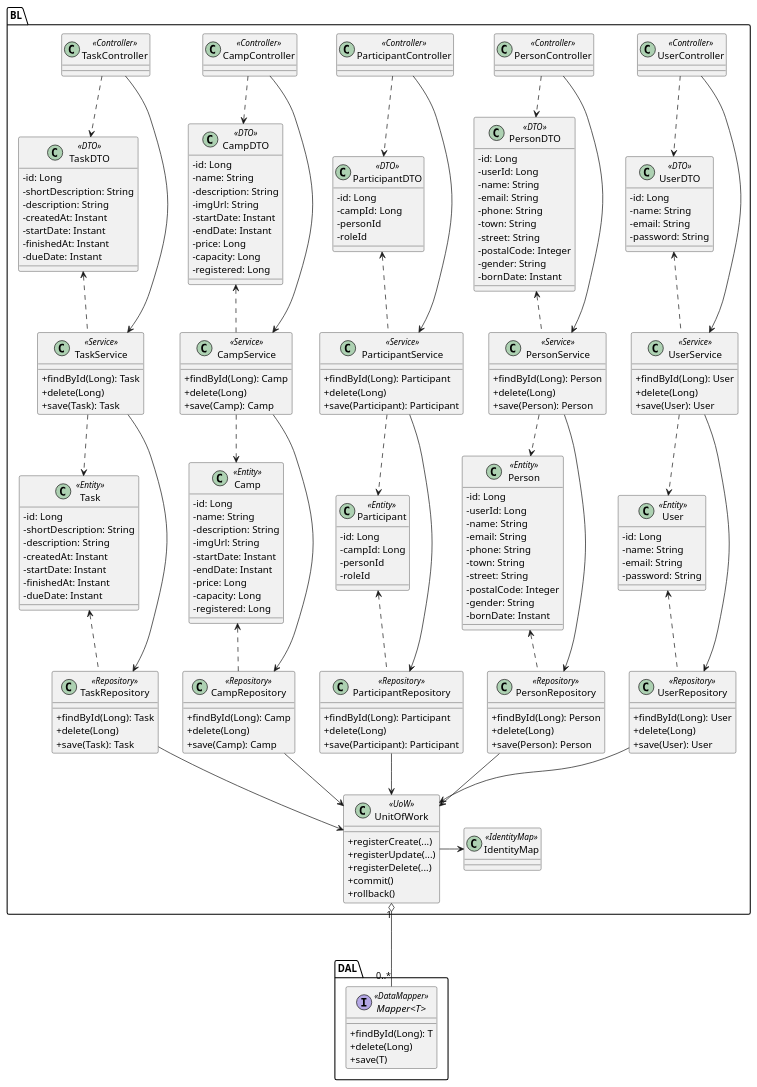
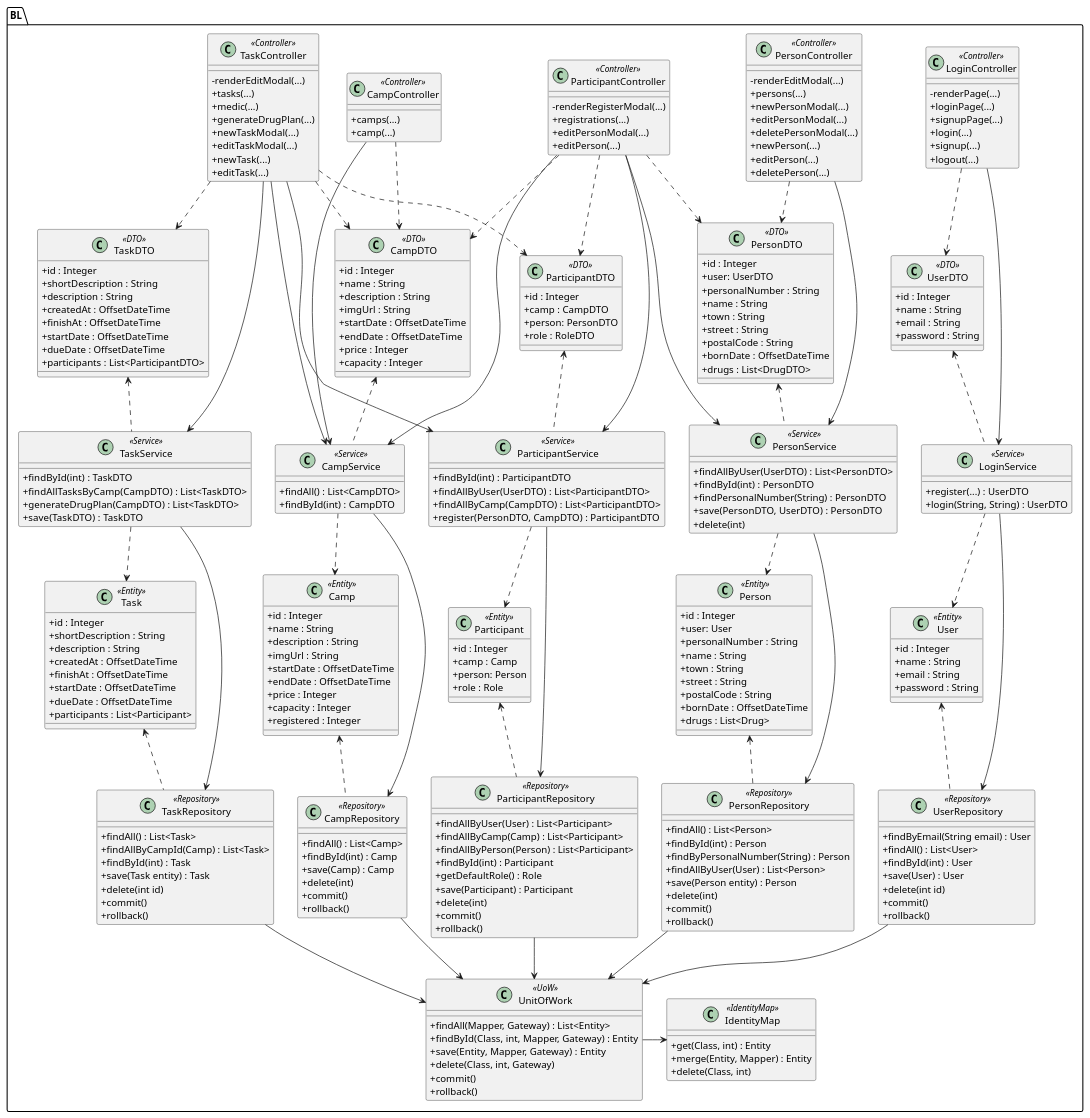
One commit to matesssaks/vsb_VIS changed the diagram in docs/ClassDiagramBL.puml. Above: the diagram before and after it, drawn with PlantUML. The commit also changed 16 other files, not shown here.

Commit message:
Add sequence diagrams for UC4, UC5, and UC15, update task and participant-related services and repositories, implement camp capacity check, and adjust DTOs and mappers accordingly.

```diff
--- a/docs/ClassDiagramBL.puml
+++ b/docs/ClassDiagramBL.puml
@@ -4,158 +4,196 @@
 package "BL" {
 	' DTOs
 	class UserDTO <<DTO>> {
-		-id: Long
-		-name: String
-		-email: String
-		-password: String
+		+id : Integer
+		+name : String
+		+email : String
+		+password : String
 	}
 	class PersonDTO <<DTO>> {
-		-id: Long
-		-userId: Long
-		-name: String
-		-email: String
-		-phone: String
-		-town: String
-		-street: String
-		-postalCode: Integer
-		-gender: String
-		-bornDate: Instant
+		+id : Integer
+		+user: UserDTO
+		+personalNumber : String
+		+name : String
+		+town : String
+		+street : String
+		+postalCode : String
+		+bornDate : OffsetDateTime
+		+drugs : List<DrugDTO>
 	}
 	class ParticipantDTO <<DTO>> {
-		-id: Long
-		-campId: Long
-		-personId
-		-roleId
+		+id : Integer
+		+camp : CampDTO
+		+person: PersonDTO
+		+role : RoleDTO
 	}
 	class CampDTO <<DTO>> {
-		-id: Long
-		-name: String
-		-description: String
-		-imgUrl: String
-		-startDate: Instant
-		-endDate: Instant
-		-price: Long
-		-capacity: Long
-		-registered: Long
+		+id : Integer
+		+name : String
+		+description : String
+		+imgUrl : String
+		+startDate : OffsetDateTime
+		+endDate : OffsetDateTime
+		+price : Integer
+		+capacity : Integer
 	}
 	class TaskDTO <<DTO>> {
-		-id: Long
-		-shortDescription: String
-		-description: String
-		-createdAt: Instant
-		-startDate: Instant
-		-finishedAt: Instant
-		-dueDate: Instant
+		+id : Integer
+		+shortDescription : String
+		+description : String
+		+createdAt : OffsetDateTime
+		+finishAt : OffsetDateTime
+		+startDate : OffsetDateTime
+		+dueDate : OffsetDateTime
+		+participants : List<ParticipantDTO>
 	}
 
 	' Controllers
-	class UserController <<Controller>> {
+	class LoginController <<Controller>> {
+		-renderPage(...)
+		+loginPage(...)
+		+signupPage(...)
+		+login(...)
+		+signup(...)
+		+logout(...)
 	}
-	UserController .down.> UserDTO
+	LoginController .down.> UserDTO
 
 	class PersonController <<Controller>> {
+		-renderEditModal(...)
+		+persons(...)
+		+newPersonModal(...)
+		+editPersonModal(...)
+		+deletePersonModal(...)
+		+newPerson(...)
+		+editPerson(...)
+		+deletePerson(...)
 	}
 	PersonController .down.> PersonDTO
 
 	class ParticipantController <<Controller>> {
+		-renderRegisterModal(...)
+		+registrations(...)
+		+editPersonModal(...)
+		+editPerson(...)
 	}
 	ParticipantController .down.> ParticipantDTO
+	ParticipantController .down.> PersonDTO
+	ParticipantController .down.> CampDTO
 
 	class CampController <<Controller>> {
+		+camps(...)
+		+camp(...)
 	}
 	CampController .down.> CampDTO
 
 	class TaskController <<Controller>> {
+		-renderEditModal(...)
+		+tasks(...)
+		+medic(...)
+		+generateDrugPlan(...)
+		+newTaskModal(...)
+		+editTaskModal(...)
+		+newTask(...)
+		+editTask(...)
 	}
 	TaskController .down.> TaskDTO
+	TaskController .down.> CampDTO
+	TaskController .down.> ParticipantDTO
+
+	TaskController -down-> CampService
+	TaskController -down-> ParticipantService
 
 	' Entities
 	class User <<Entity>> {
-		-id: Long
-		-name: String
-		-email: String
-		-password: String
+		+id : Integer
+		+name : String
+		+email : String
+		+password : String
 	}
-	class Person<<Entity>> {
-		-id: Long
-		-userId: Long
-		-name: String
-		-email: String
-		-phone: String
-		-town: String
-		-street: String
-		-postalCode: Integer
-		-gender: String
-		-bornDate: Instant
+	class Person <<Entity>> {
+		+id : Integer
+		+user: User
+		+personalNumber : String
+		+name : String
+		+town : String
+		+street : String
+		+postalCode : String
+		+bornDate : OffsetDateTime
+		+drugs : List<Drug>
 	}
-	class Participant<<Entity>> {
-		-id: Long
-		-campId: Long
-		-personId
-		-roleId
+	class Participant <<Entity>> {
+		+id : Integer
+		+camp : Camp
+		+person: Person
+		+role : Role
 	}
-	class Camp<<Entity>> {
-		-id: Long
-		-name: String
-		-description: String
-		-imgUrl: String
-		-startDate: Instant
-		-endDate: Instant
-		-price: Long
-		-capacity: Long
-		-registered: Long
+	class Camp <<Entity>> {
+		+id : Integer
+		+name : String
+		+description : String
+		+imgUrl : String
+		+startDate : OffsetDateTime
+		+endDate : OffsetDateTime
+		+price : Integer
+		+capacity : Integer
+		+registered : Integer
 	}
-	class Task<<Entity>> {
-		-id: Long
-		-shortDescription: String
-		-description: String
-		-createdAt: Instant
-		-startDate: Instant
-		-finishedAt: Instant
-		-dueDate: Instant
+	class Task <<Entity>> {
+		+id : Integer
+		+shortDescription : String
+		+description : String
+		+createdAt : OffsetDateTime
+		+finishAt : OffsetDateTime
+		+startDate : OffsetDateTime
+		+dueDate : OffsetDateTime
+		+participants : List<Participant>
 	}
 
 	' Services
-	class UserService <<Service>> {
-		+findById(Long): User
-		+delete(Long)
-		+save(User): User
+	class LoginService <<Service>> {
+		+register(...) : UserDTO
+		+login(String, String) : UserDTO
 	}
-	UserService .down.> User
-	UserService .up.> UserDTO
-	UserController -down-> UserService
+	LoginService .down.> User
+	LoginService .up.> UserDTO
+	LoginController -down-> LoginService
 
 	class PersonService <<Service>> {
-		+findById(Long): Person
-		+delete(Long)
-		+save(Person): Person
+		+findAllByUser(UserDTO) : List<PersonDTO>
+		+findById(int) : PersonDTO
+		+findPersonalNumber(String) : PersonDTO
+		+save(PersonDTO, UserDTO) : PersonDTO
+		+delete(int)
 	}
 	PersonService .down.> Person
 	PersonService .up.> PersonDTO
 	PersonController -down-> PersonService
+	ParticipantController -down-> PersonService
 
 	class ParticipantService <<Service>> {
-		+findById(Long): Participant
-		+delete(Long)
-		+save(Participant): Participant
+		+findById(int) : ParticipantDTO
+		+findAllByUser(UserDTO) : List<ParticipantDTO>
+		+findAllByCamp(CampDTO) : List<ParticipantDTO>
+		+register(PersonDTO, CampDTO) : ParticipantDTO
 	}
 	ParticipantService .down.> Participant
 	ParticipantService .up.> ParticipantDTO
 	ParticipantController -down-> ParticipantService
 
 	class CampService <<Service>> {
-		+findById(Long): Camp
-		+delete(Long)
-		+save(Camp): Camp
+		+findAll() : List<CampDTO>
+		+findById(int) : CampDTO
 	}
 	CampService .down.> Camp
 	CampService .up.> CampDTO
 	CampController -down-> CampService
+	ParticipantController -down-> CampService
 
 	class TaskService <<Service>> {
-		+findById(Long): Task
-		+delete(Long)
-		+save(Task): Task
+		+findById(int) : TaskDTO
+		+findAllTasksByCamp(CampDTO) : List<TaskDTO>
+		+generateDrugPlan(CampDTO) : List<TaskDTO>
+		+save(TaskDTO) : TaskDTO
 	}
 	TaskService .down.> Task
 	TaskService .up.> TaskDTO
@@ -163,50 +201,73 @@
 
 	' Repositories
 	class UserRepository <<Repository>> {
-		+findById(Long): User
-		+delete(Long)
-		+save(User): User
+		+findByEmail(String email) : User
+		+findAll() : List<User>
+		+findById(int) : User
+		+save(User) : User
+		+delete(int id)
+		+commit()
+		+rollback()
 	}
 	UserRepository .up.> User
-	UserService -down-> UserRepository
+	LoginService -down-> UserRepository
 
 	class PersonRepository <<Repository>> {
-		+findById(Long): Person
-		+delete(Long)
-		+save(Person): Person
+		+findAll() : List<Person>
+		+findById(int) : Person
+		+findByPersonalNumber(String) : Person
+		+findAllByUser(User) : List<Person>
+		+save(Person entity) : Person
+		+delete(int)
+		+commit()
+		+rollback()
 	}
 	PersonRepository .up.> Person
 	PersonService -down-> PersonRepository
 
 	class ParticipantRepository <<Repository>> {
-		+findById(Long): Participant
-		+delete(Long)
-		+save(Participant): Participant
+		+findAllByUser(User) : List<Participant>
+		+findAllByCamp(Camp) : List<Participant>
+		+findAllByPerson(Person) : List<Participant>
+		+findById(int) : Participant
+		+getDefaultRole() : Role
+		+save(Participant) : Participant
+		+delete(int)
+		+commit()
+		+rollback()
 	}
 	ParticipantRepository .up.> Participant
 	ParticipantService -down-> ParticipantRepository
 
 	class CampRepository <<Repository>> {
-		+findById(Long): Camp
-		+delete(Long)
-		+save(Camp): Camp
+		+findAll() : List<Camp>
+		+findById(int) : Camp
+		+save(Camp) : Camp
+		+delete(int)
+		+commit()
+		+rollback()
 	}
 	CampRepository .up.> Camp
 	CampService -down-> CampRepository
 
 	class TaskRepository <<Repository>> {
-		+findById(Long): Task
-		+delete(Long)
-		+save(Task): Task
+		+findAll() : List<Task>
+		+findAllByCampId(Camp) : List<Task>
+		+findById(int) : Task
+		+save(Task entity) : Task
+		+delete(int id)
+		+commit()
+		+rollback()
 	}
 	TaskRepository .up.> Task
 	TaskService -down-> TaskRepository
 
 	' UoW
 	class UnitOfWork <<UoW>> {
-		+registerCreate(...)
-		+registerUpdate(...)
-		+registerDelete(...)
+		+findAll(Mapper, Gateway) : List<Entity>
+		+findById(Class, int, Mapper, Gateway) : Entity
+		+save(Entity, Mapper, Gateway) : Entity
+		+delete(Class, int, Gateway)
 		+commit()
 		+rollback()
 	}
@@ -218,16 +279,10 @@
 
 	' IdentityMap
 	class IdentityMap <<IdentityMap>> {
+		+get(Class, int) : Entity
+		+merge(Entity, Mapper) : Entity
+		+delete(Class, int)
 	}
 	UnitOfWork -right-> IdentityMap
 }
-
-package "DAL" {
-	interface "Mapper<T>" <<DataMapper>> {
-		+findById(Long): T
-		+delete(Long)
-		+save(T)
-	}
-	UnitOfWork "1" o-down-- "0..*" "Mapper<T>"
-}
 @enduml
```
